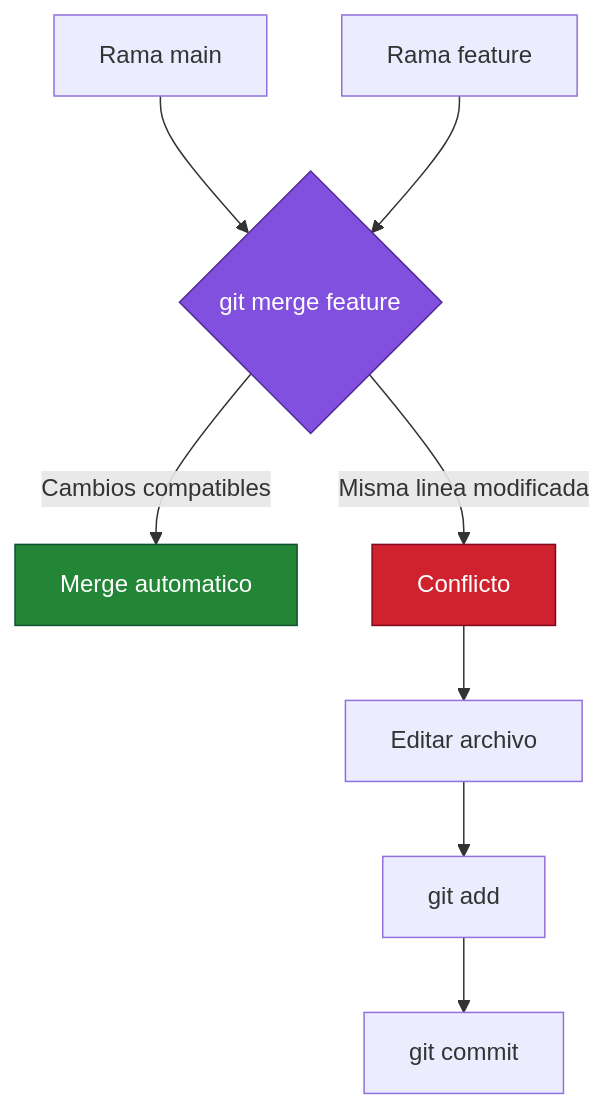
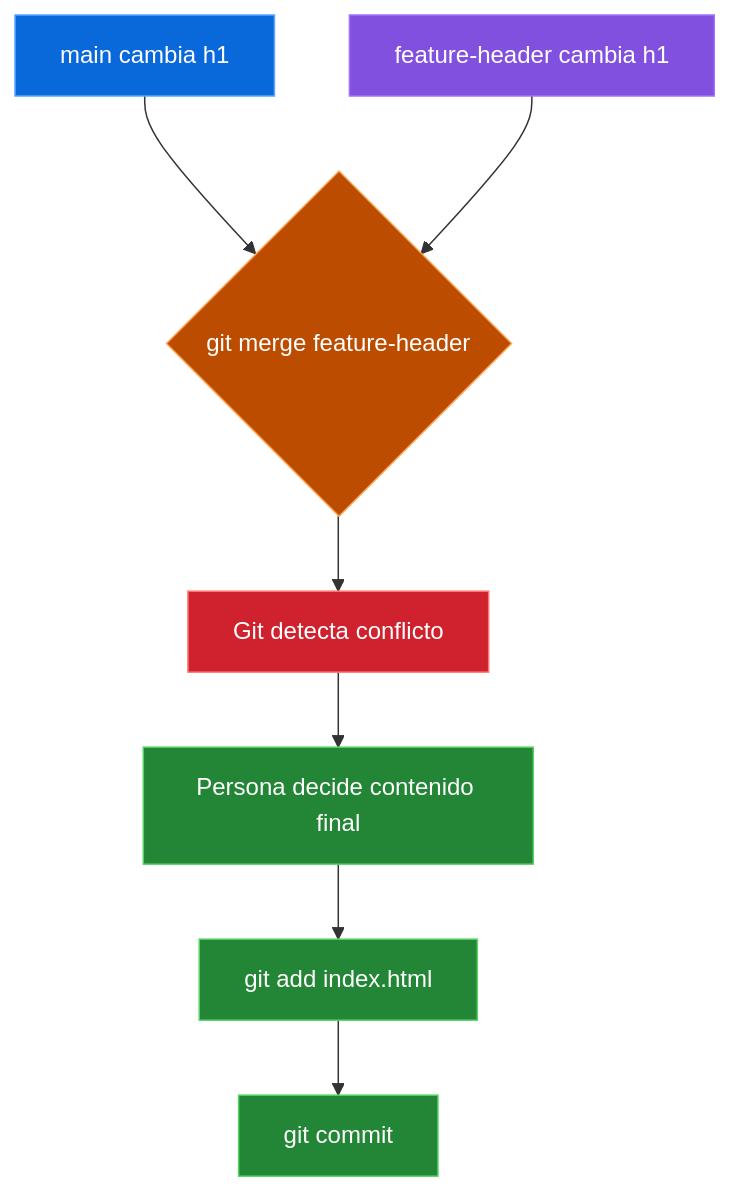
Before and after one commit to 7on2/curso-git-github-desde-cero: diagram 14 of 23 in README.md, drawn with Mermaid. The commit also changed other lines of this file, not shown here.

````diff
--- a/README.md
+++ b/README.md
@@ -143,14 +729,17 @@
 ```mermaid
 flowchart TD
-    A["Rama main"] --> C{"git merge feature"}
-    B["Rama feature"] --> C
-    C -->|Cambios compatibles| D["Merge automatico"]
-    C -->|Misma linea modificada| E["Conflicto"]
-    E --> F["Editar archivo"]
-    F --> G["git add"]
-    G --> H["git commit"]
+    A[main cambia h1] --> C{git merge feature-header}
+    B[feature-header cambia h1] --> C
+    C --> D[Git detecta conflicto]
+    D --> E[Persona decide contenido final]
+    E --> F[git add index.html]
+    F --> G[git commit]
 
-    style C fill:#8250df,stroke:#512a97,color:#ffffff
-    style D fill:#238636,stroke:#0f5132,color:#ffffff
-    style E fill:#cf222e,stroke:#82071e,color:#ffffff
+    style A fill:#0969da,stroke:#58a6ff,color:#ffffff
+    style B fill:#8250df,stroke:#a371f7,color:#ffffff
+    style C fill:#bc4c00,stroke:#ffa657,color:#ffffff
+    style D fill:#cf222e,stroke:#ff7b72,color:#ffffff
+    style E fill:#238636,stroke:#56d364,color:#ffffff
+    style F fill:#238636,stroke:#56d364,color:#ffffff
+    style G fill:#238636,stroke:#56d364,color:#ffffff
 ```
````
